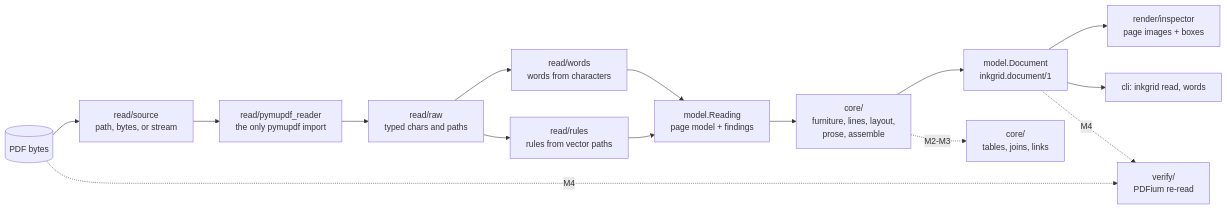
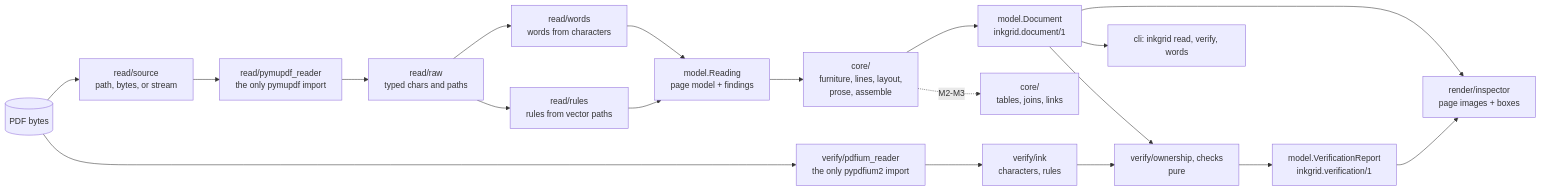
Before and after one commit to Abdul-Muizz1310/inkgrid: the diagram in docs/ARCHITECTURE.md, drawn with Mermaid. The commit also changed other lines of this file and 5 other files, not shown here.

````diff
--- a/docs/ARCHITECTURE.md
+++ b/docs/ARCHITECTURE.md
@@ -6,17 +6,21 @@
 ```mermaid
 flowchart LR
     PDF[(PDF bytes)] --> SRC["read/source<br/>path, bytes, or stream"]
     SRC --> RDR["read/pymupdf_reader<br/>the only pymupdf import"]
     RDR --> RAW["read/raw<br/>typed chars and paths"]
     RAW --> WORDS["read/words<br/>words from characters"]
     RAW --> RULES["read/rules<br/>rules from vector paths"]
     WORDS --> PM["model.Reading<br/>page model + findings"]
     RULES --> PM
     PM --> CORE["core/<br/>furniture, lines, layout,<br/>prose, assemble"]
     CORE --> DOC["model.Document<br/>inkgrid.document/1"]
     CORE -. "M2-M3" .-> LATER["core/<br/>tables, joins, links"]
     DOC --> INSP["render/inspector<br/>page images + boxes"]
-    DOC --> CLI["cli: inkgrid read, words"]
-    PDF -. "M4" .-> VER["verify/<br/>PDFium re-read"]
-    DOC -. "M4" .-> VER
+    DOC --> CLI["cli: inkgrid read, verify, words"]
+    PDF --> PDFIUM["verify/pdfium_reader<br/>the only pypdfium2 import"]
+    PDFIUM --> INK["verify/ink<br/>characters, rules"]
+    INK --> VER["verify/ownership, checks<br/>pure"]
+    DOC --> VER
+    VER --> REP["model.VerificationReport<br/>inkgrid.verification/1"]
+    REP --> INSP
 ```
````
